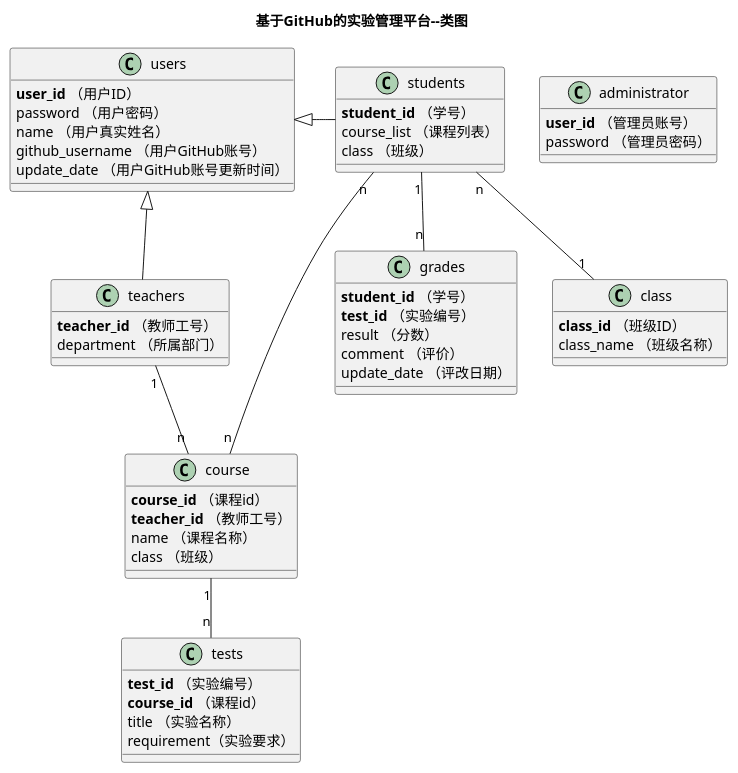
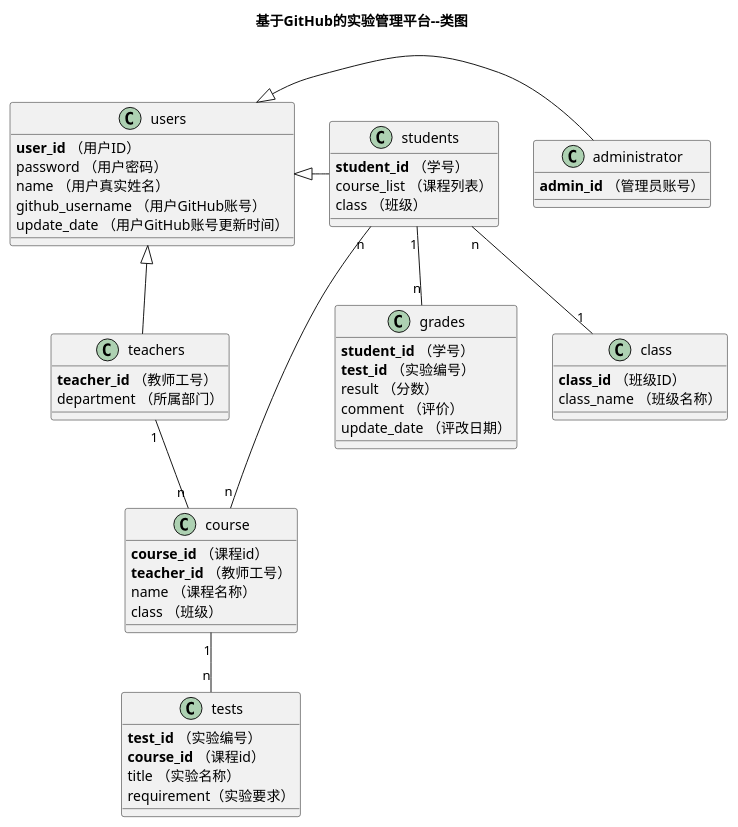
One commit to wenyuntian/is_analysis changed the diagram in test6/src/class.puml. Above: the diagram before and after it, drawn with PlantUML. The commit also changed 91 other files, not shown here.

```diff
--- a/test6/src/class.puml
+++ b/test6/src/class.puml
@@ -1,59 +1,60 @@
 @startuml
 title 基于GitHub的实验管理平台--类图
 class users {
     <b>user_id</b> （用户ID）
     password （用户密码）
     name （用户真实姓名）
     github_username （用户GitHub账号）
     update_date （用户GitHub账号更新时间）
 }
 class administrator {
-    <b>user_id</b> （管理员账号）
-    password （管理员密码）
+    <b>admin_id</b> （管理员账号）
 }
 class teachers{
     <b>teacher_id</b> （教师工号）
     department （所属部门）
 }
 class students{
     <b>student_id</b> （学号）
     course_list （课程列表）
     class （班级）
 }
 
 class course{
     <b>course_id</b> （课程id）
     <b>teacher_id</b> （教师工号）
     name （课程名称）
     class （班级）
 }
+
+users <|- administrator
 users <|- students
 users <|-- teachers
 
 class grades {
     <b>student_id</b> （学号）
     <b>test_id</b> （实验编号）
     result （分数）
     comment （评价）
     update_date （评改日期）
 }
 
 class tests {
     <b>test_id</b> （实验编号）
     <b>course_id</b> （课程id）
     title （实验名称）
     requirement（实验要求）
 }
 
 class class {
     <b>class_id</b> （班级ID）
     class_name （班级名称）
 }
 
 teachers "1" -- "n"  course
 students "n" -- "1"  class
 students "n" -- "n"  course
 students "1" -- "n"  grades
 course "1" -- "n"  tests
 
 @enduml
```
